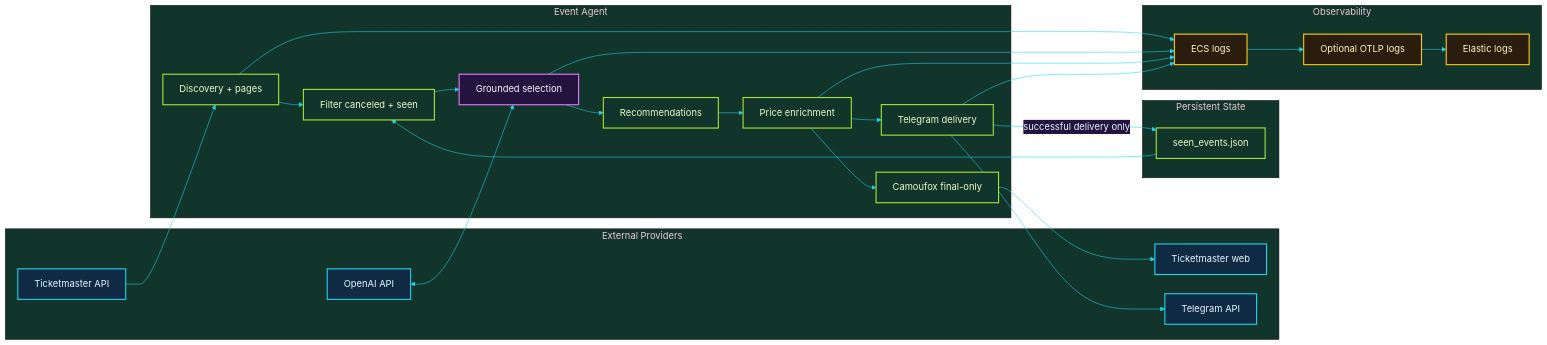
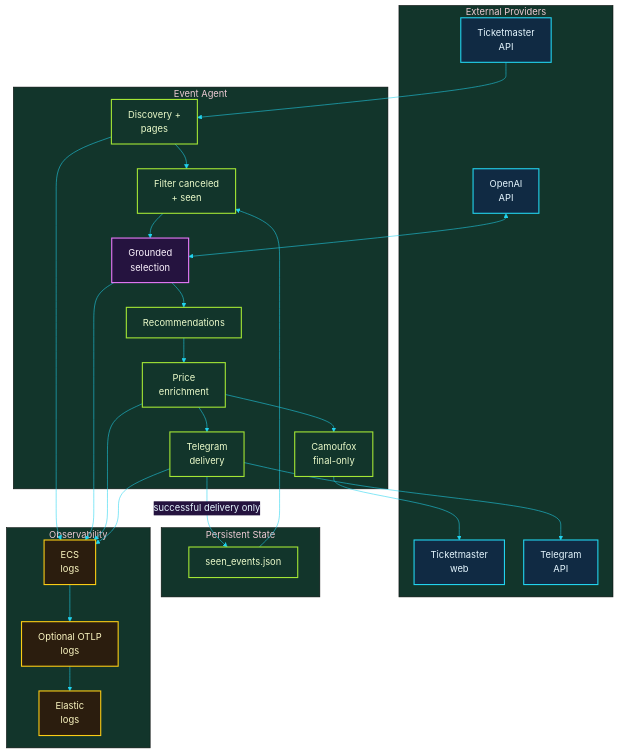
The first of 3 diagrams in docs/architecture.md (michalmarczuk/event-agent), drawn with Mermaid before and after one commit. The commit also changed other lines of this file and 3 other files, not shown here.

Commit message:
Improve Mermaid readability and simplify README flow

````diff
--- a/docs/architecture.md
+++ b/docs/architecture.md
@@ -30,51 +30,51 @@
 ```mermaid
 %%{init: {'theme': 'base', 'themeVariables': {'background': '#07111f', 'primaryColor': '#102a43', 'primaryTextColor': '#e6f7ff', 'primaryBorderColor': '#22d3ee', 'secondaryColor': '#25133f', 'tertiaryColor': '#12352b', 'lineColor': '#22d3ee', 'fontFamily': 'ui-sans-serif, system-ui', 'fontSize': '17px'}, 'flowchart': {'nodeSpacing': 35, 'rankSpacing': 45}}}%%
-flowchart LR
+flowchart TB
     subgraph providers["External Providers"]
-        tm_api["Ticketmaster API"]
-        openai["OpenAI API"]
-        tm_web["Ticketmaster web"]
-        telegram_api["Telegram API"]
+        tm_api["Ticketmaster<br/>API"]
+        openai["OpenAI<br/>API"]
+        tm_web["Ticketmaster<br/>web"]
+        telegram_api["Telegram<br/>API"]
     end
 
     subgraph event_agent["Event Agent"]
-        discovery["Discovery + pages"]
-        filtering["Filter canceled + seen"]
-        selection["Grounded selection"]
+        discovery["Discovery +<br/>pages"]
+        filtering["Filter canceled<br/>+ seen"]
+        selection["Grounded<br/>selection"]
         final["Recommendations"]
-        enrichment["Price enrichment"]
-        camoufox["Camoufox final-only"]
-        delivery["Telegram delivery"]
+        enrichment["Price<br/>enrichment"]
+        camoufox["Camoufox<br/>final-only"]
+        delivery["Telegram<br/>delivery"]
     end
 
     subgraph state["Persistent State"]
         history["seen_events.json"]
     end
 
     subgraph observability["Observability"]
-        logs["ECS logs"]
-        otlp["Optional OTLP logs"]
-        elastic["Elastic logs"]
+        logs["ECS<br/>logs"]
+        otlp["Optional OTLP<br/>logs"]
+        elastic["Elastic<br/>logs"]
     end
 
     tm_api --> discovery --> filtering --> selection
     openai <--> selection
     selection --> final --> enrichment --> delivery
     enrichment --> camoufox --> tm_web
     delivery --> telegram_api
     history --> filtering
     delivery -->|"successful delivery only"| history
     discovery --> logs
     selection --> logs
     enrichment --> logs
     delivery --> logs --> otlp --> elastic
 
     classDef external fill:#102a43,stroke:#22d3ee,color:#e6f7ff,stroke-width:2px;
     classDef ai fill:#25133f,stroke:#e879f9,color:#fdf4ff,stroke-width:2px;
     classDef deterministic fill:#12352b,stroke:#a3e635,color:#ecfccb,stroke-width:2px;
     classDef observability fill:#2b1d0e,stroke:#facc15,color:#fef9c3,stroke-width:2px;
     class tm_api,openai,tm_web,telegram_api external;
     class selection ai;
     class discovery,filtering,final,enrichment,camoufox,delivery,history deterministic;
     class logs,otlp,elastic observability;
 ```
````
